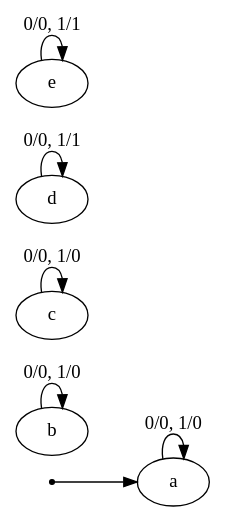
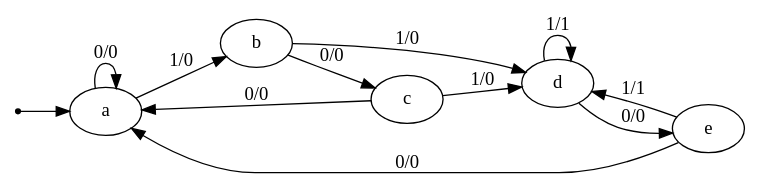
The diagram in example/myTest/kiss/case1/out.dot (Ting-Tech/StateMinimization), drawn with Graphviz before and after one commit. The commit also changed 1 other file, not shown here.

```diff
--- a/example/myTest/kiss/case1/out.dot
+++ b/example/myTest/kiss/case1/out.dot
@@ -1,12 +1,22 @@
 digraph STG {
 	rankdir=LR;
 
 	INIT [shape=point];
+	a [label="a"];
+	b [label="b"];
+	c [label="c"];
+	d [label="d"];
+	e [label="e"];
 
-INIT -> a;
-a -> a [label="0/0, 1/0"];
-b -> b [label="0/0, 1/0"];
-c -> c [label="0/0, 1/0"];
-d -> d [label="0/0, 1/1"];
-e -> e [label="0/0, 1/1"];
+	INIT -> a;
+	a->a [label="0/0"];
+	a->b [label="1/0"];
+	b->c [label="0/0"];
+	b->d [label="1/0"];
+	c->a [label="0/0"];
+	c->d [label="1/0"];
+	d->d [label="1/1"];
+	d->e [label="0/0"];
+	e->a [label="0/0"];
+	e->d [label="1/1"];
 }
```
